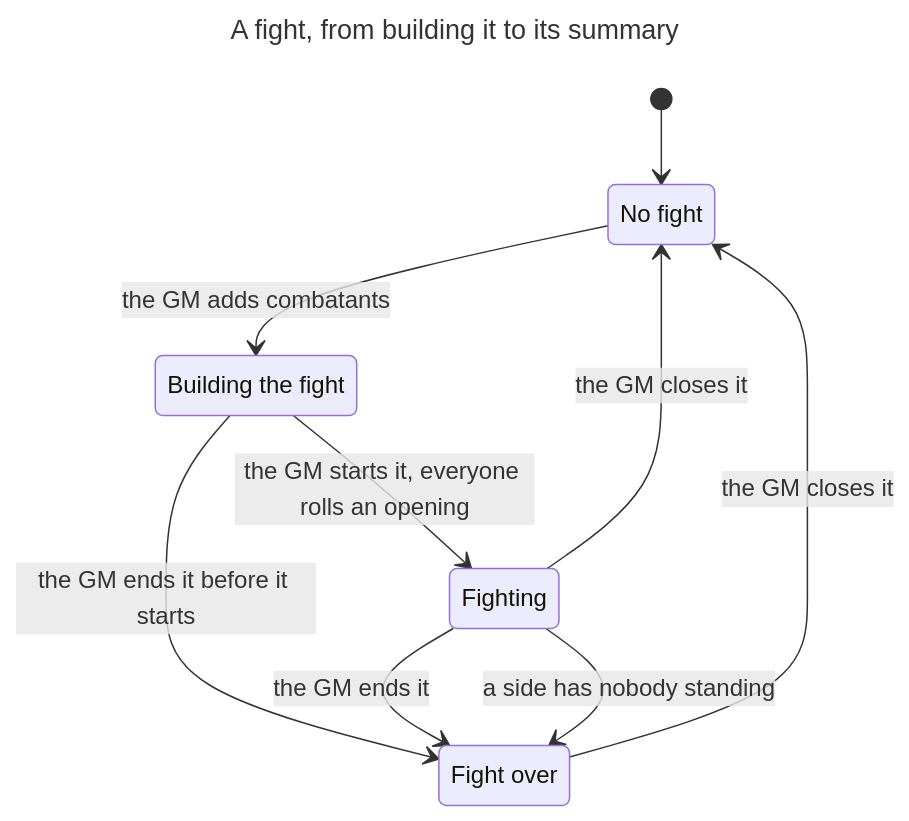
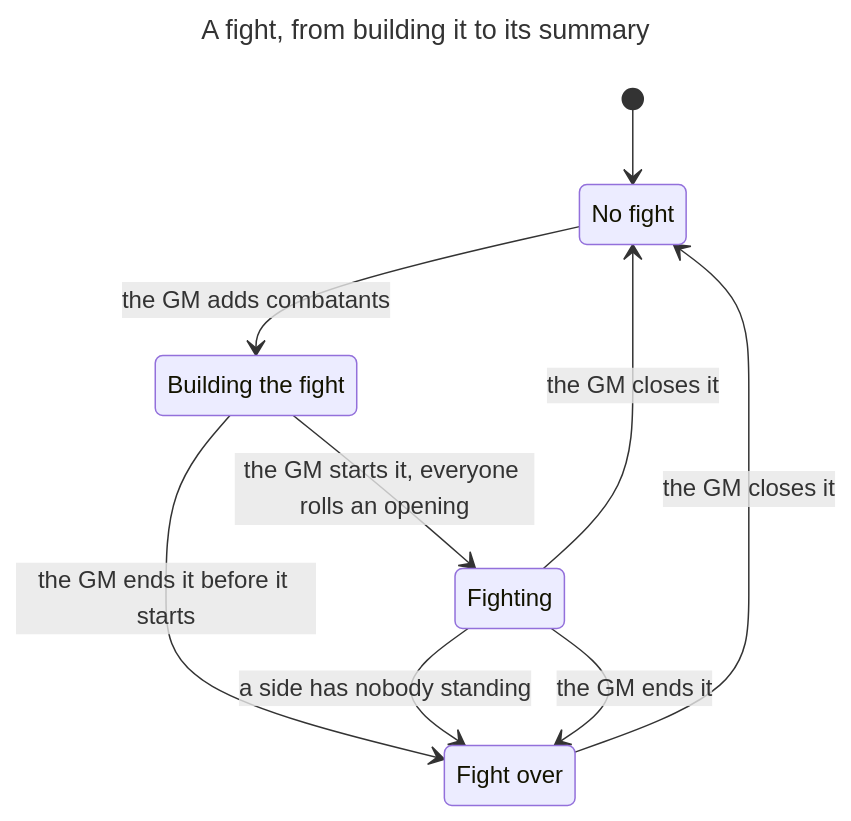
One commit to makoots-png/System-gaming-public changed the first of 47 diagrams in docs/state-machines.md. Above: the diagram before and after it, drawn with Mermaid. The commit also changed other lines of this file and 107 other files, not shown here.

````diff
--- a/docs/state-machines.md
+++ b/docs/state-machines.md
@@ -13,18 +13,18 @@
 ```mermaid
 ---
 title: A fight, from building it to its summary
 ---
 stateDiagram-v2
   state "No fight" as s1
   state "Building the fight" as s2
   state "Fighting" as s3
   state "Fight over" as s4
   [*] --> s1
   s1 --> s2 : the GM adds combatants
   s2 --> s3 : the GM starts it, everyone rolls an opening
+  s3 --> s1 : the GM closes it
   s2 --> s4 : the GM ends it before it starts
   s4 --> s1 : the GM closes it
+  s3 --> s4 : a side has nobody standing
   s3 --> s4 : the GM ends it
-  s3 --> s1 : the GM closes it
-  s3 --> s4 : a side has nobody standing
 ```
````
